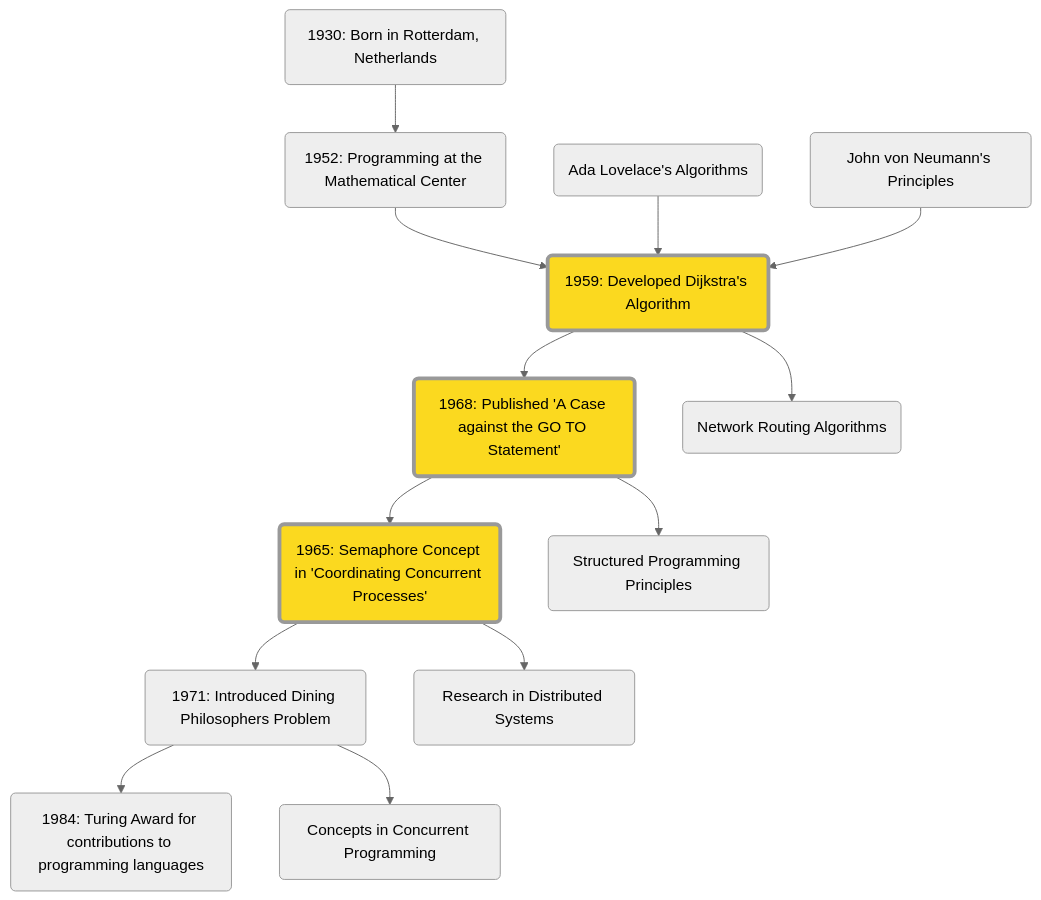
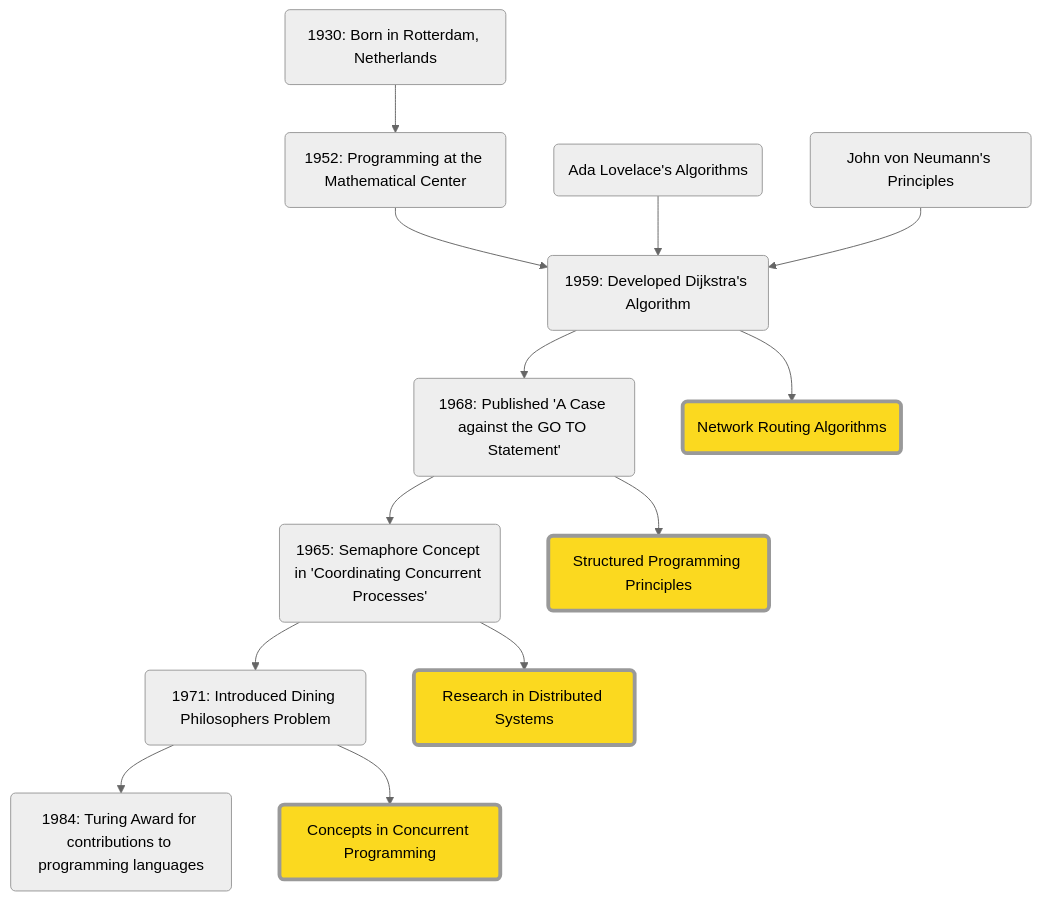
Before and after one commit to Furkanzmc/cppnorth-2024-shoulders-we-stand-on: the fourth of 5 diagrams in pages/act-2.md, drawn with Mermaid (neutral theme). The commit also changed other lines of this file and 8 other files, not shown here.

Commit message:
Add citations, act 4 rough draft, and more diagrams

````diff
--- a/pages/act-2.md
+++ b/pages/act-2.md
@@ -247,26 +236,27 @@
 ```mermaid {theme: 'neutral', scale: 0.5}
 graph TD
     %% Edsger W. Dijkstra's life
     A(1930: Born in Rotterdam, Netherlands) --> B(1952: Programming at the Mathematical Center)
     B --> C(1959: Developed Dijkstra's Algorithm)
     C --> D(1968: Published 'A Case against the GO TO Statement')
     D --> E(1965: Semaphore Concept in 'Coordinating Concurrent Processes')
     E --> F(1971: Introduced Dining Philosophers Problem)
     F --> G(1984: Turing Award for contributions to programming languages)
 
     %% Influences on Dijkstra
     X1(Ada Lovelace's Algorithms) --> C
     X2(John von Neumann's Principles) --> C
 
     %% Dijkstra's influences on others
     C --> Y1(Network Routing Algorithms)
     D --> Y2(Structured Programming Principles)
     E --> Y3(Research in Distributed Systems)
     F --> Y4(Concepts in Concurrent Programming)
 
     classDef highlight fill:#fbd91f,stroke:#33,stroke-width:4px;
     
-    class C highlight;
-    class D highlight;
-    class E highlight;
+    class Y1 highlight;
+    class Y2 highlight;
+    class Y3 highlight;
+    class Y4 highlight;
 ```
````
